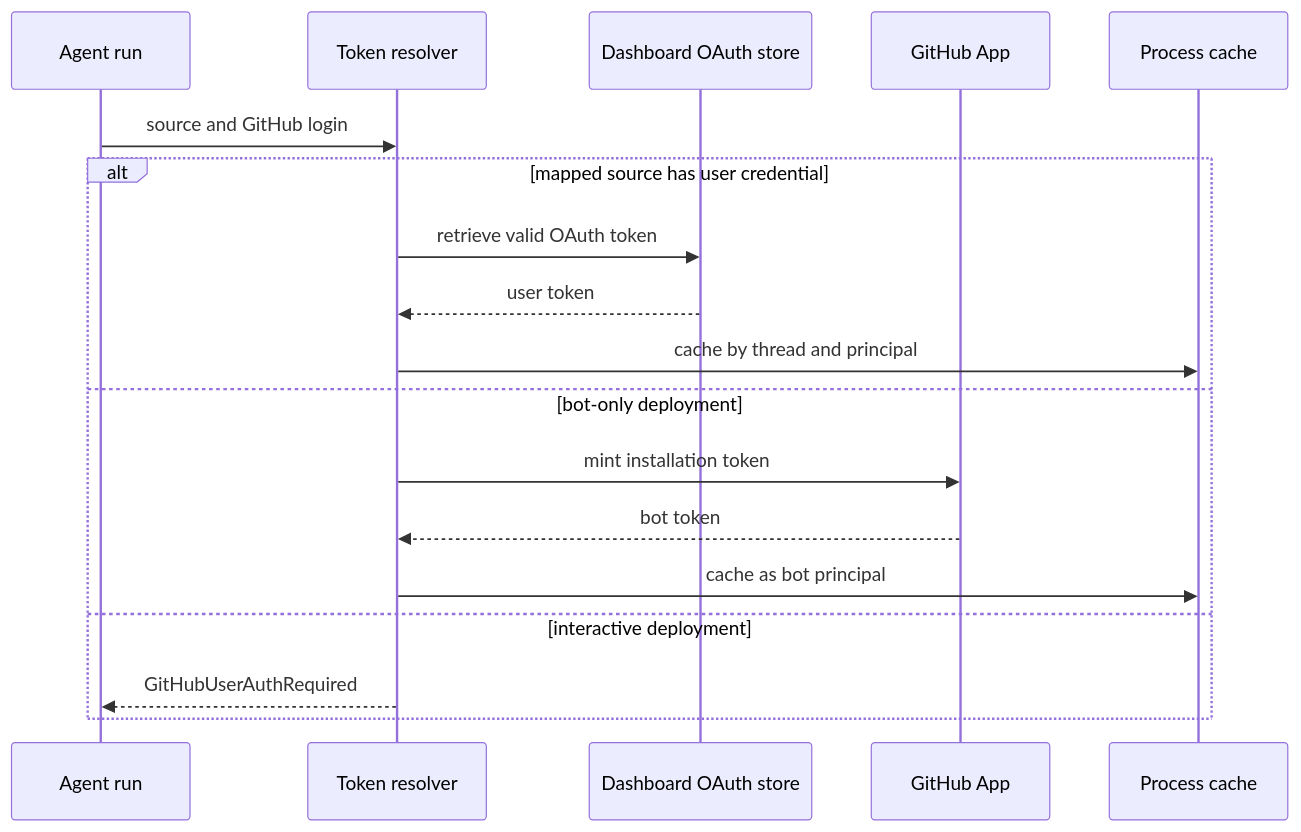
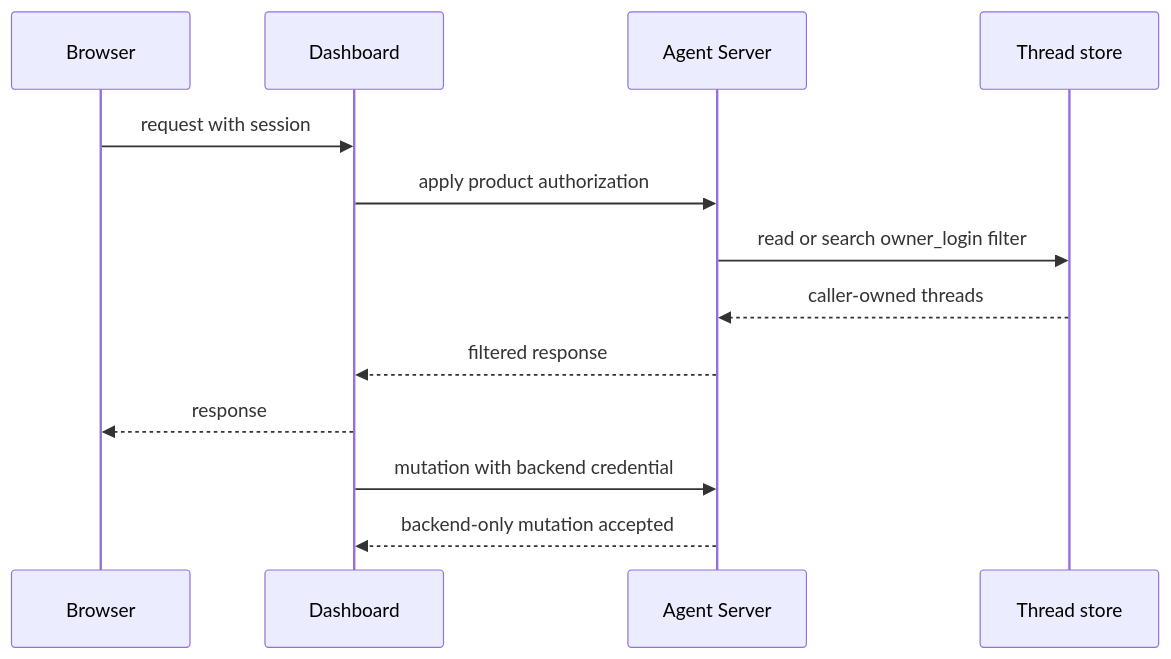
The first of 3 diagrams in openwiki/concepts/auth-and-security.md (langchain-ai/open-swe), drawn with Mermaid before and after one commit. The commit also changed other lines of this file and 81 other files, not shown here.

````diff
--- a/openwiki/concepts/auth-and-security.md
+++ b/openwiki/concepts/auth-and-security.md
@@ -81,21 +69,16 @@
 ```mermaid
 sequenceDiagram
-    participant Run as Agent run
-    participant Resolver as Token resolver
-    participant Store as Dashboard OAuth store
-    participant App as GitHub App
-    participant Cache as Process cache
+    participant Browser
+    participant Dashboard
+    participant AgentServer as Agent Server
+    participant Store as Thread store
 
-    Run->>Resolver: source and GitHub login
-    alt mapped source has user credential
-        Resolver->>Store: retrieve valid OAuth token
-        Store-->>Resolver: user token
-        Resolver->>Cache: cache by thread and principal
-    else bot-only deployment
-        Resolver->>App: mint installation token
-        App-->>Resolver: bot token
-        Resolver->>Cache: cache as bot principal
-    else interactive deployment
-        Resolver-->>Run: GitHubUserAuthRequired
-    end
+    Browser->>Dashboard: request with session
+    Dashboard->>AgentServer: apply product authorization
+    AgentServer->>Store: read or search owner_login filter
+    Store-->>AgentServer: caller-owned threads
+    AgentServer-->>Dashboard: filtered response
+    Dashboard-->>Browser: response
+    Dashboard->>AgentServer: mutation with backend credential
+    AgentServer-->>Dashboard: backend-only mutation accepted
 ```
````
